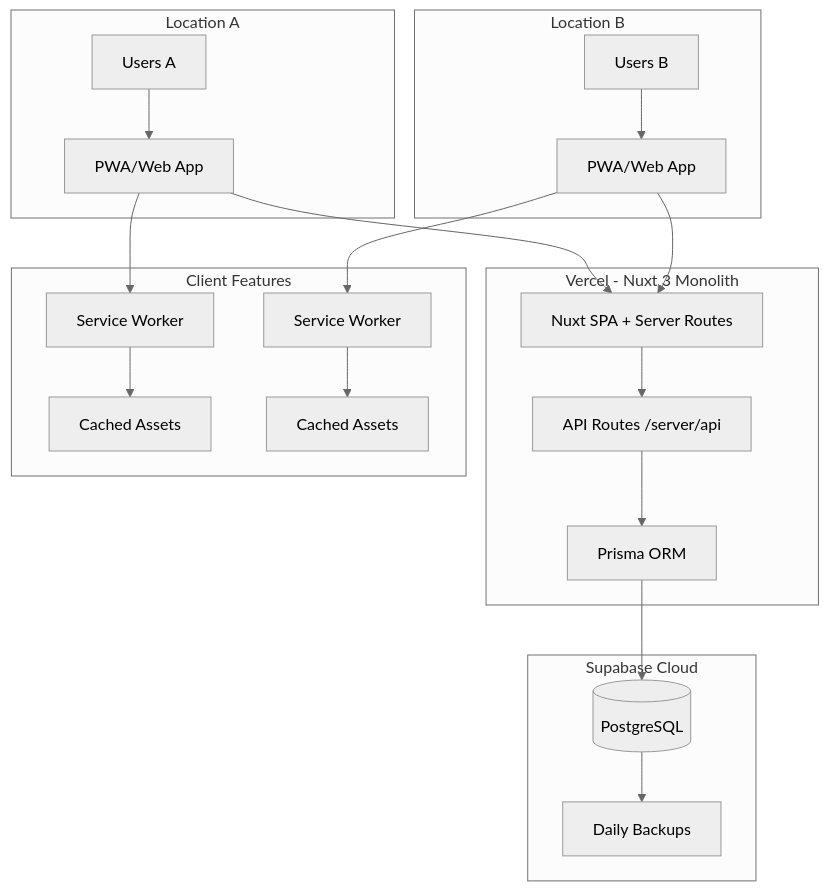
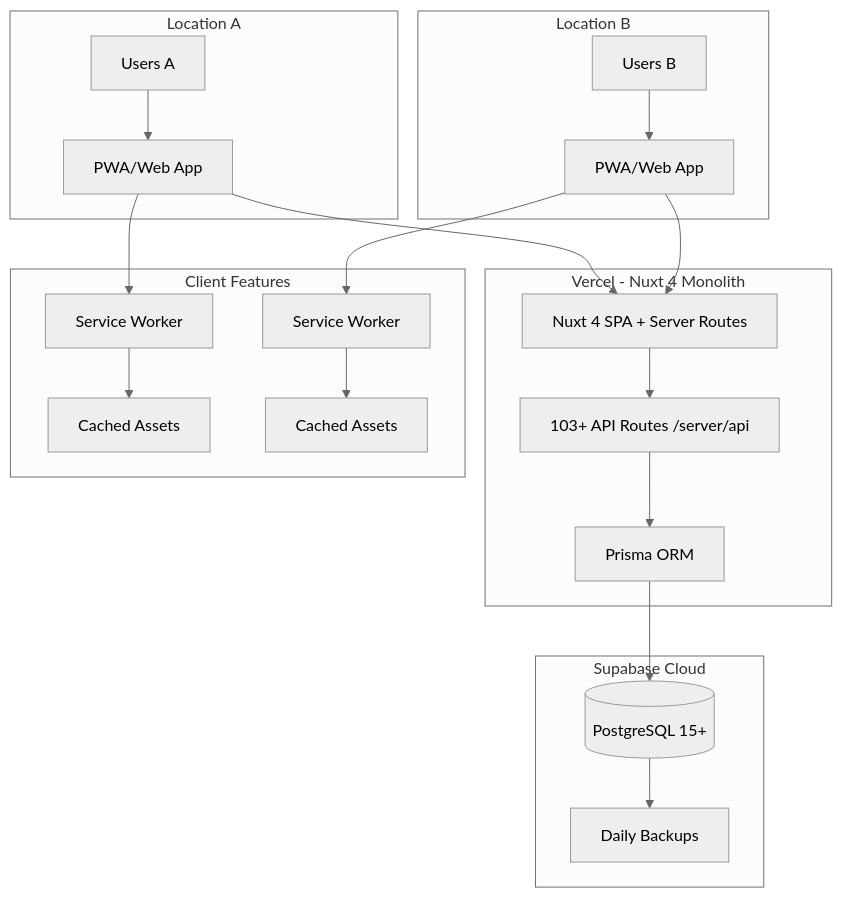
Before and after one commit to alkholigroup2020/stock-management-system: the first of 10 diagrams in project-docs/System_Design.md, drawn with Mermaid (neutral theme). The commit also changed other lines of this file and 5 other files, not shown here.

````diff
--- a/project-docs/System_Design.md
+++ b/project-docs/System_Design.md
@@ -44,29 +66,29 @@
 ```mermaid
 flowchart TB
     subgraph "Location A"
         UA[Users A] --> PWA_A[PWA/Web App]
     end
 
     subgraph "Location B"
         UB[Users B] --> PWA_B[PWA/Web App]
     end
 
-    subgraph "Vercel - Nuxt 3 Monolith"
-        PWA_A --> NUXT[Nuxt SPA + Server Routes]
+    subgraph "Vercel - Nuxt 4 Monolith"
+        PWA_A --> NUXT[Nuxt 4 SPA + Server Routes]
         PWA_B --> NUXT
-        NUXT --> API[API Routes /server/api]
+        NUXT --> API[103+ API Routes /server/api]
         API --> Prisma[Prisma ORM]
     end
 
     subgraph "Supabase Cloud"
-        Prisma --> DB[(PostgreSQL)]
+        Prisma --> DB[(PostgreSQL 15+)]
         DB --> Backup[Daily Backups]
     end
 
     subgraph "Client Features"
         PWA_A --> SW_A[Service Worker]
         PWA_B --> SW_B[Service Worker]
         SW_A --> Cache_A[Cached Assets]
         SW_B --> Cache_B[Cached Assets]
     end
 ```
````
